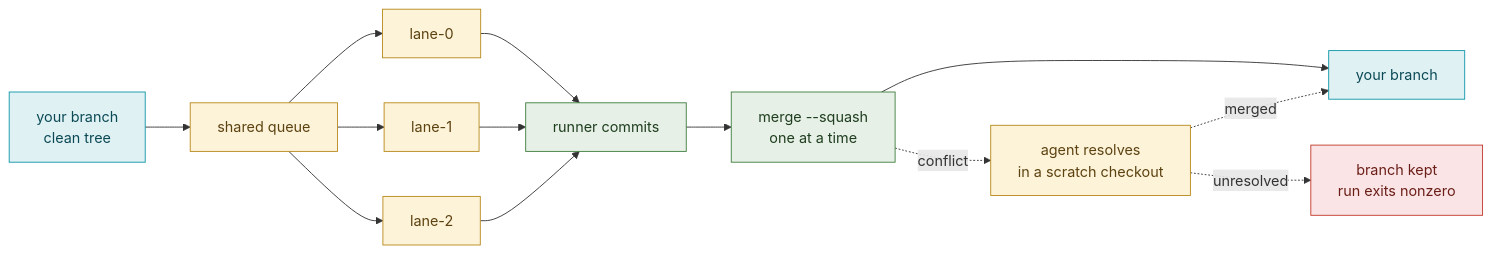
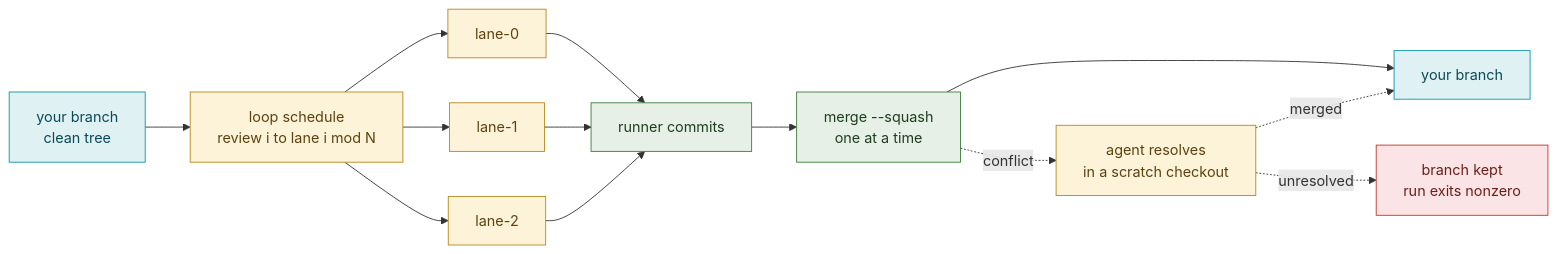
One commit to maci0/gauntlet changed the diagram in README.md. Above: the diagram before and after it, drawn with Mermaid. The commit also changed other lines of this file and 23 other files, not shown here.

````diff
--- a/README.md
+++ b/README.md
@@ -231,23 +226,23 @@
 ```mermaid
 flowchart LR
-    T[your branch<br/>clean tree] --> S[shared queue]
+    T[your branch<br/>clean tree] --> S[loop schedule<br/>review i to lane i mod N]
     S --> L0[lane-0]
     S --> L1[lane-1]
     S --> L2[lane-2]
     L0 --> C[runner commits]
     L1 --> C
     L2 --> C
     C --> M[merge --squash<br/>one at a time]
     M --> T2[your branch]
     M -. conflict .-> R[agent resolves<br/>in a scratch checkout]
     R -. merged .-> T2
     R -. unresolved .-> K[branch kept<br/>run exits nonzero]
     classDef tree fill:#e0f1f4,stroke:#0e96a8,color:#0b4a55
     classDef work fill:#fdf3d9,stroke:#b8891b,color:#5c4210
     classDef step fill:#e6f0e6,stroke:#3f7d3f,color:#1f3d1f
     classDef fail fill:#fbe4e6,stroke:#c0392b,color:#6b1f18
     class T,T2 tree
     class S,L0,L1,L2,R work
     class C,M step
     class K fail
 ```
````
